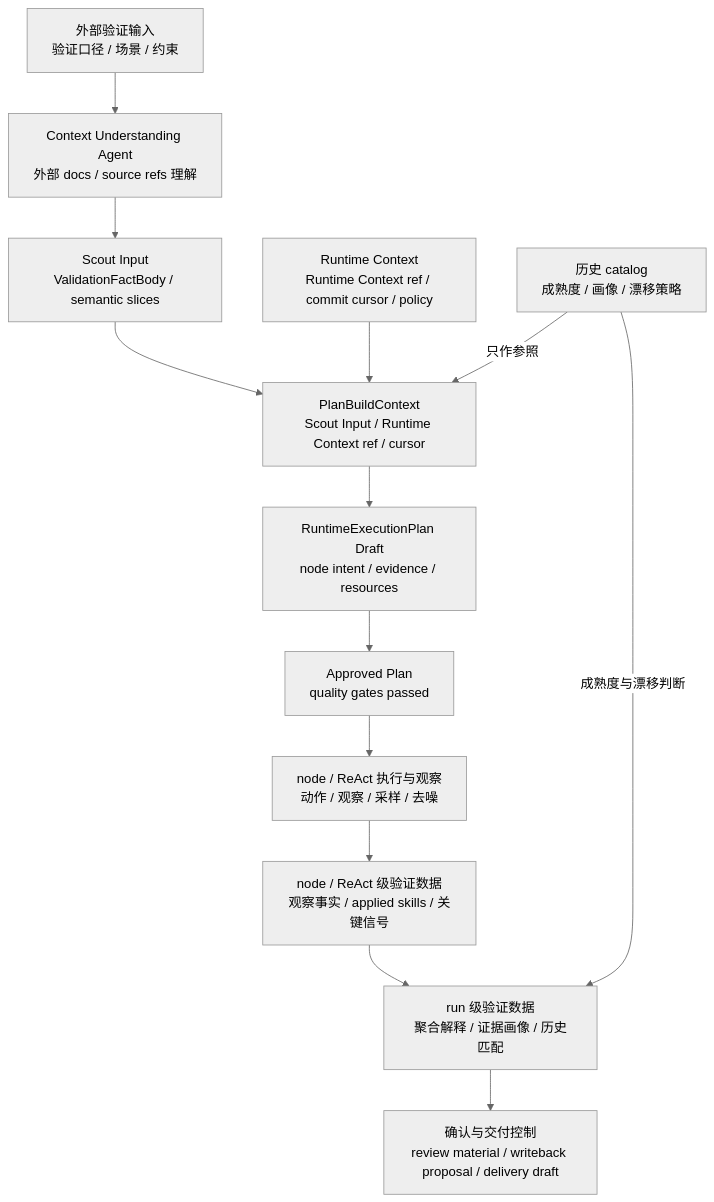
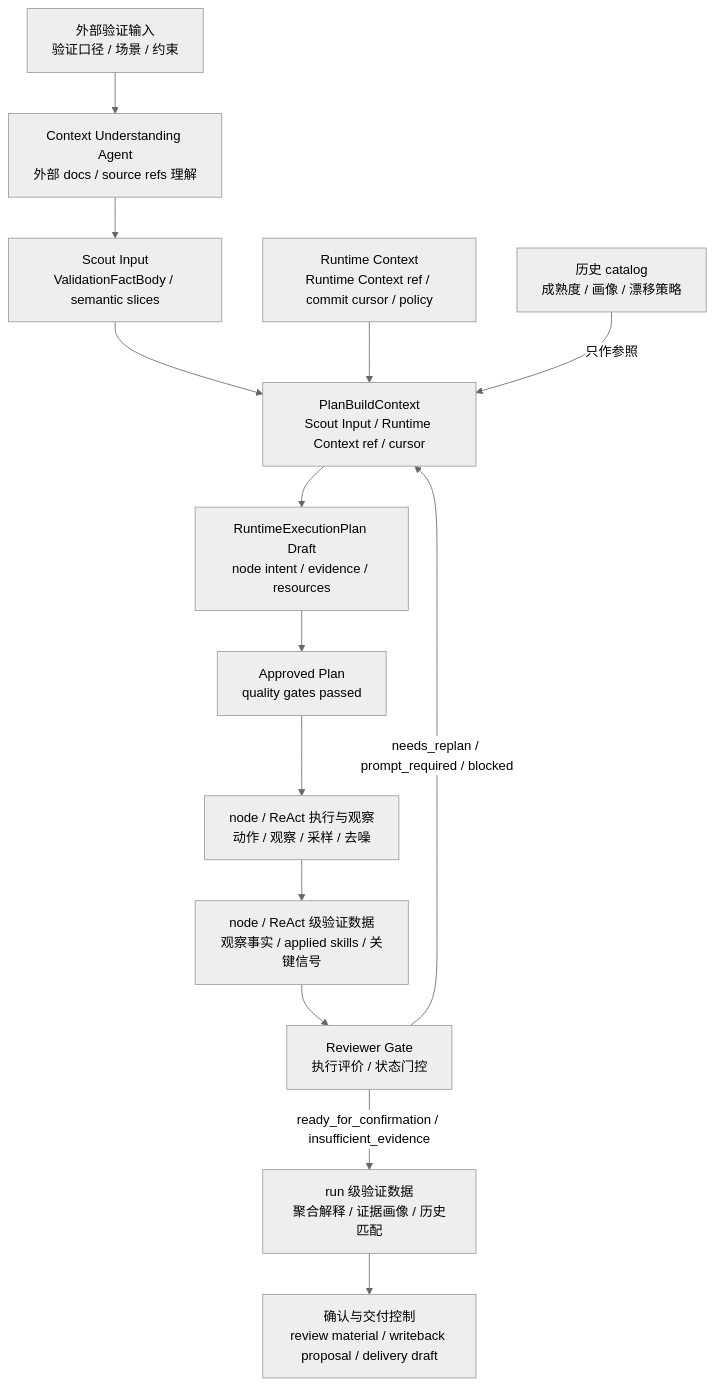
The second of 6 diagrams in docs/scout-design.md (daihothot/scout), drawn with Mermaid (neutral theme) before and after one commit. The commit also changed other lines of this file, not shown here.

First line of the commit message:
docs(scout): update design for worker, reviewer gate and transports

````diff
--- a/docs/scout-design.md
+++ b/docs/scout-design.md
@@ -193,27 +193,29 @@
 ```mermaid
 flowchart TD
   ExternalInput["外部验证输入<br/>验证口径 / 场景 / 约束"]
   ContextAgent["Context Understanding Agent<br/>外部 docs / source refs 理解"]
   ScoutInput["Scout Input<br/>ValidationFactBody / semantic slices"]
   RunContext["Runtime Context<br/>Runtime Context ref / commit cursor / policy"]
   History["历史 catalog<br/>成熟度 / 画像 / 漂移策略"]
   PlanContext["PlanBuildContext<br/>Scout Input / Runtime Context ref / cursor"]
   PlanDraft["RuntimeExecutionPlan Draft<br/>node intent / evidence / resources"]
   ApprovedPlan["Approved Plan<br/>quality gates passed"]
   StepWork["node / ReAct 执行与观察<br/>动作 / 观察 / 采样 / 去噪"]
   StepData["node / ReAct 级验证数据<br/>观察事实 / applied skills / 关键信号"]
+  ReviewGate["Reviewer Gate<br/>执行评价 / 状态门控"]
   RunData["run 级验证数据<br/>聚合解释 / 证据画像 / 历史匹配"]
   DeliveryInput["确认与交付控制<br/>review material / writeback proposal / delivery draft"]
 
   ExternalInput --> ContextAgent --> ScoutInput
   ScoutInput --> PlanContext
   RunContext --> PlanContext
   History -->|"只作参照"| PlanContext
   PlanContext --> PlanDraft
   PlanDraft --> ApprovedPlan
   ApprovedPlan --> StepWork
   StepWork --> StepData
-  StepData --> RunData
-  History -->|"成熟度与漂移判断"| RunData
+  StepData --> ReviewGate
+  ReviewGate -->|"ready_for_confirmation / insufficient_evidence"| RunData
+  ReviewGate -->|"needs_replan / prompt_required / blocked"| PlanContext
   RunData --> DeliveryInput
 ```
````
